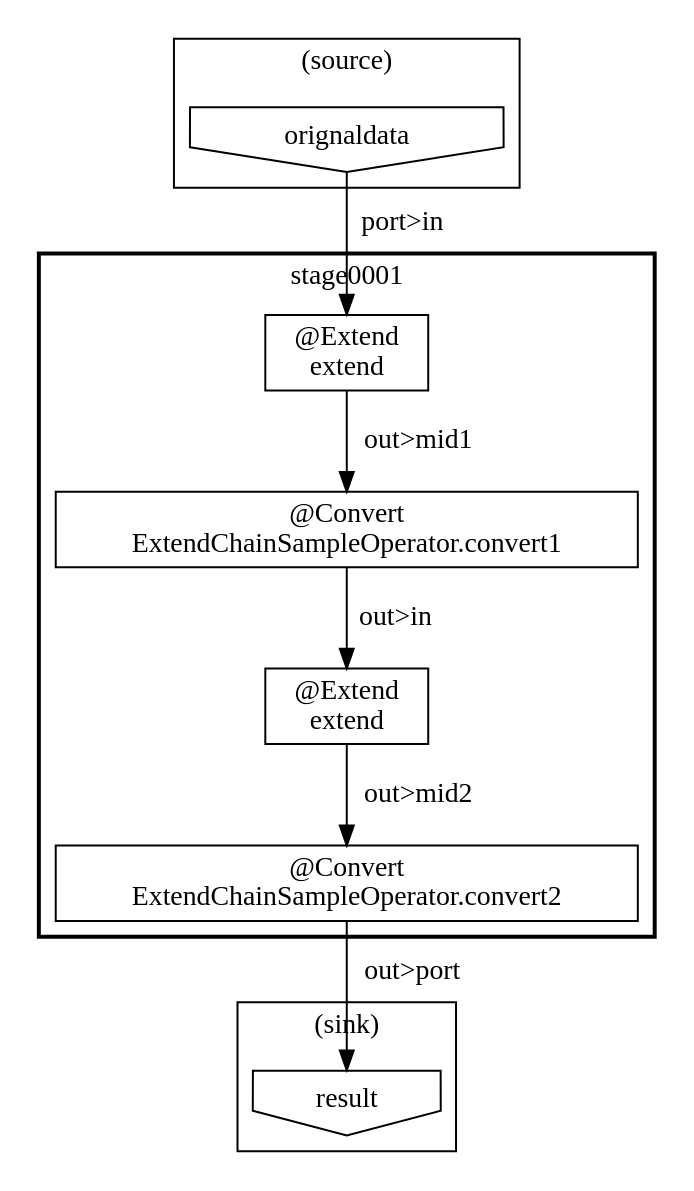
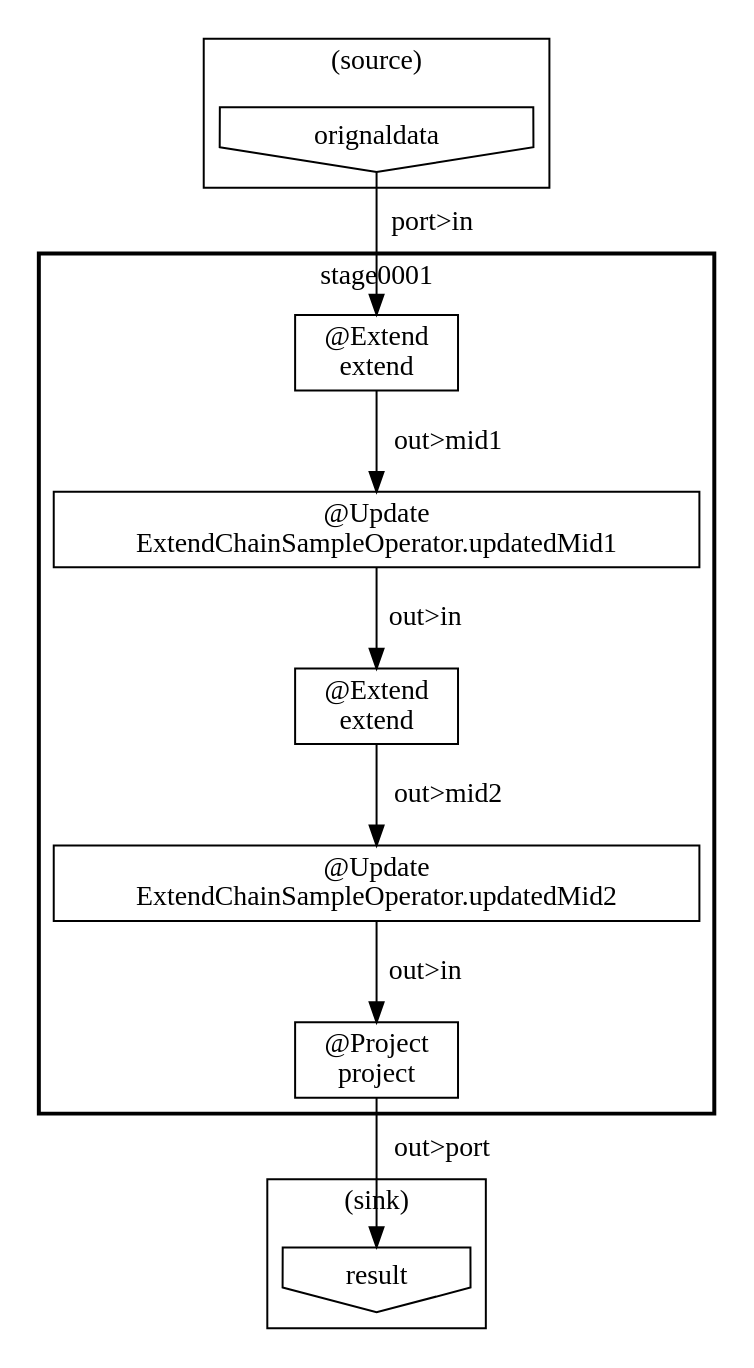
The diagram in target/batchc/ecsBatch/opt/dsl-analysis/jobflow/TheExtendChainSampleJobFlow/stagegraph.dot (ironpeace/AsakusaExtendChainSample), drawn with Graphviz before and after one commit. The commit also changed 34 other files, not shown here.

```diff
--- a/target/batchc/ecsBatch/opt/dsl-analysis/jobflow/TheExtendChainSampleJobFlow/stagegraph.dot
+++ b/target/batchc/ecsBatch/opt/dsl-analysis/jobflow/TheExtendChainSampleJobFlow/stagegraph.dot
@@ -1,23 +1,25 @@
 digraph {
-    subgraph "cluster_898fef8e-fc9d-4dfe-85c0-88695604fbd1" {
+    subgraph "cluster_2787af06-4939-4117-b562-1eb806954a6a" {
+        label = "(sink)";
+        "059a07cb-11a7-4019-a844-c0355205f8be" [shape=invhouse, label="result"];
+    }
+    subgraph "cluster_22cb69ca-5daf-4164-b665-e3001d33e1ec" {
         label = "(source)";
-        "70505a24-a6a5-4b12-83bd-bb7c0b59641a" [shape=invhouse, label="orignaldata"];
+        "0fb77649-6478-415a-916c-d170473f0cb8" [shape=invhouse, label="orignaldata"];
     }
-    subgraph "cluster_529328c0-263a-4464-bda7-62ed6564af1f" {
-        label = "(sink)";
-        "e7554d7f-088b-49b3-b12c-d1e7e265e37d" [shape=invhouse, label="result"];
-    }
-    subgraph "cluster_ec15f706-6db5-410b-b6ee-489107dea5f0" {
+    subgraph "cluster_17808a4e-0ae3-470c-802f-07e97e5c5d1b" {
         label = "stage0001";
         style = bold;
-        "8cee1f7b-f19e-48aa-a55e-c5b137ee976c" [shape=box, label="@Extend\nextend"];
-        "78661641-5160-42c0-bd16-4e21a33cf659" [shape=box, label="@Convert\nExtendChainSampleOperator.convert2"];
-        "78e7c4aa-a9f5-4518-9e0d-46e0b10c885a" [shape=box, label="@Extend\nextend"];
-        "26965d73-4314-4436-8d06-c51efa4b68ee" [shape=box, label="@Convert\nExtendChainSampleOperator.convert1"];
+        "5ca690d9-9090-49dc-8193-0fb1fb4ec29b" [shape=box, label="@Project\nproject"];
+        "309356e4-ca70-4575-be3f-aa56a3fead26" [shape=box, label="@Update\nExtendChainSampleOperator.updatedMid1"];
+        "920b3da9-3004-4552-84ae-cee785cdcc4e" [shape=box, label="@Update\nExtendChainSampleOperator.updatedMid2"];
+        "0cc1f435-eb89-448b-9b45-94039198cc1d" [shape=box, label="@Extend\nextend"];
+        "8eddab98-38ae-4ee6-823c-96e479afc6bd" [shape=box, label="@Extend\nextend"];
     }
-    "70505a24-a6a5-4b12-83bd-bb7c0b59641a" -> "78e7c4aa-a9f5-4518-9e0d-46e0b10c885a" [label="port>in"];
-    "78661641-5160-42c0-bd16-4e21a33cf659" -> "e7554d7f-088b-49b3-b12c-d1e7e265e37d" [label="out>port"];
-    "8cee1f7b-f19e-48aa-a55e-c5b137ee976c" -> "78661641-5160-42c0-bd16-4e21a33cf659" [label="out>mid2"];
-    "78e7c4aa-a9f5-4518-9e0d-46e0b10c885a" -> "26965d73-4314-4436-8d06-c51efa4b68ee" [label="out>mid1"];
-    "26965d73-4314-4436-8d06-c51efa4b68ee" -> "8cee1f7b-f19e-48aa-a55e-c5b137ee976c" [label="out>in"];
+    "0fb77649-6478-415a-916c-d170473f0cb8" -> "8eddab98-38ae-4ee6-823c-96e479afc6bd" [label="port>in"];
+    "5ca690d9-9090-49dc-8193-0fb1fb4ec29b" -> "059a07cb-11a7-4019-a844-c0355205f8be" [label="out>port"];
+    "309356e4-ca70-4575-be3f-aa56a3fead26" -> "0cc1f435-eb89-448b-9b45-94039198cc1d" [label="out>in"];
+    "920b3da9-3004-4552-84ae-cee785cdcc4e" -> "5ca690d9-9090-49dc-8193-0fb1fb4ec29b" [label="out>in"];
+    "0cc1f435-eb89-448b-9b45-94039198cc1d" -> "920b3da9-3004-4552-84ae-cee785cdcc4e" [label="out>mid2"];
+    "8eddab98-38ae-4ee6-823c-96e479afc6bd" -> "309356e4-ca70-4575-be3f-aa56a3fead26" [label="out>mid1"];
 }
```
